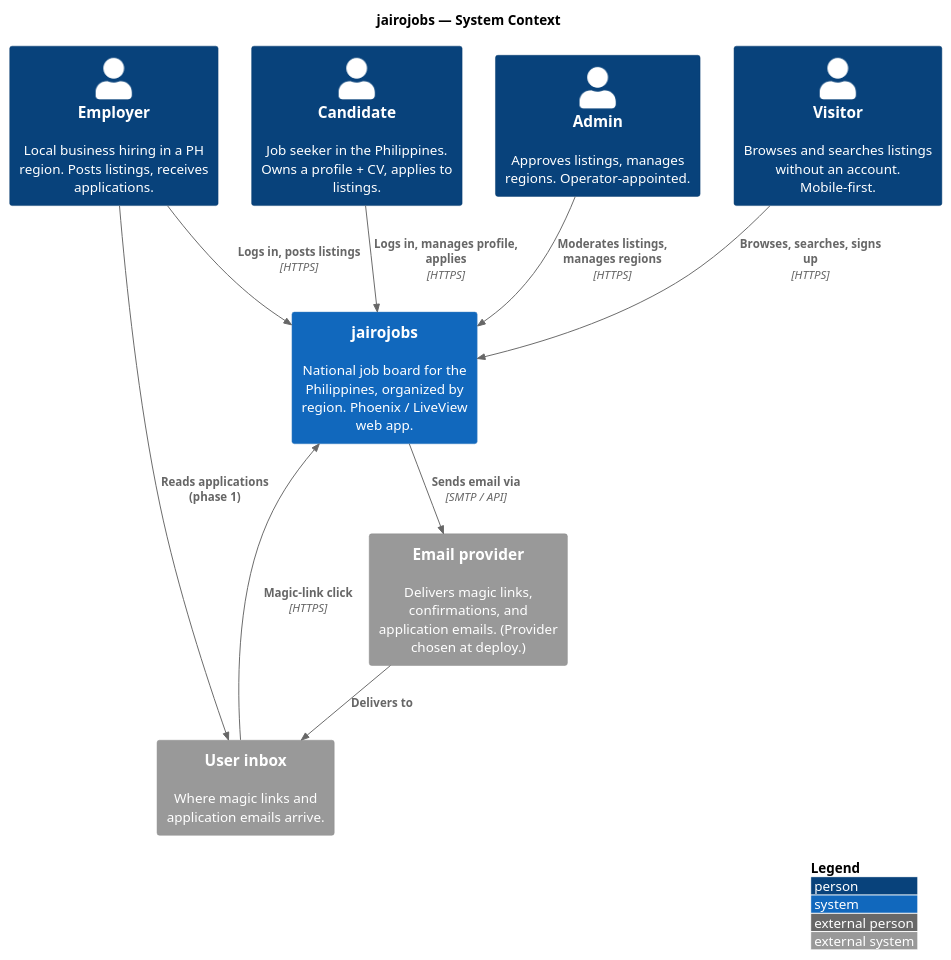
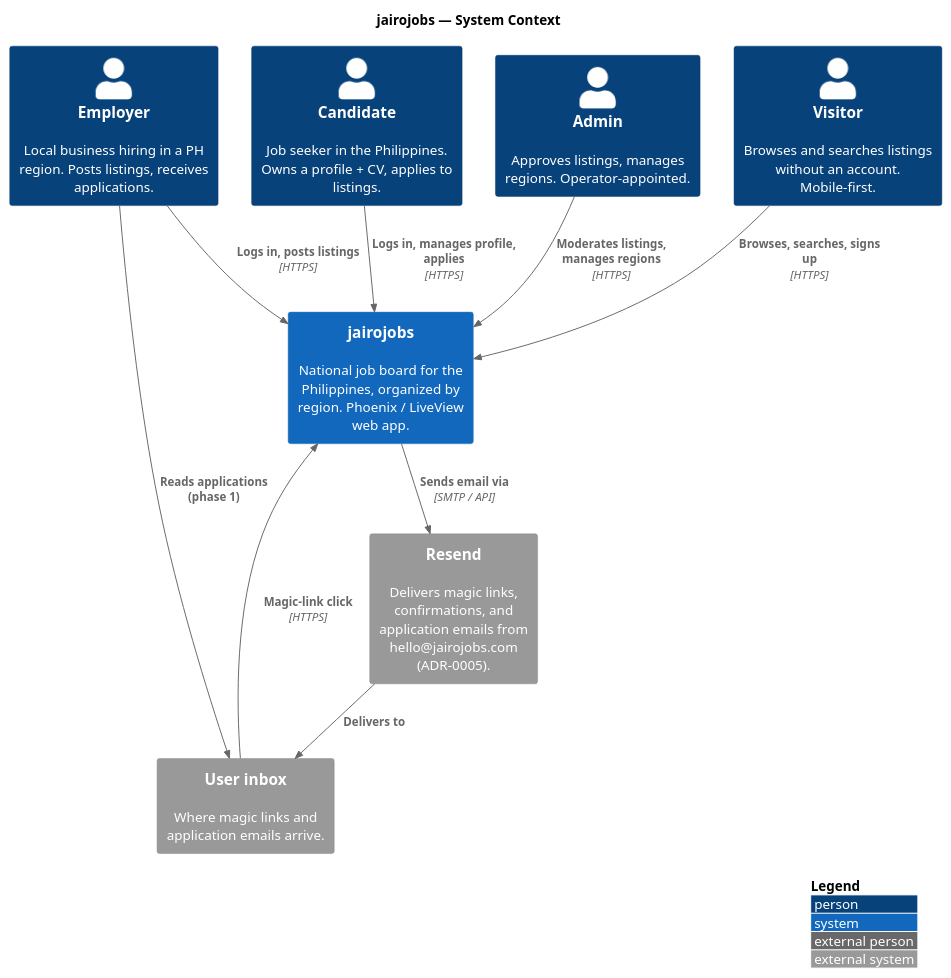
The diagram in docs/architecture/diagrams/src/c4-context-system.puml (raseniero/jairojobs-elixir), drawn with PlantUML before and after one commit. The commit also changed 9 other files, not shown here.

Commit message:
docs: ADR-0005 transactional email via Resend (hello@jairojobs.com); update plan, spec, constitution, architecture, C4

```diff
--- a/docs/architecture/diagrams/src/c4-context-system.puml
+++ b/docs/architecture/diagrams/src/c4-context-system.puml
@@ -1,30 +1,30 @@
 @startuml c4-context-system
 ' C4 Level 1 — System Context. Who uses jairojobs and what it talks to.
 ' Source of truth: docs/specs/000-product-overview/spec.md
 !include <C4/C4_Context>
 
 LAYOUT_WITH_LEGEND()
 
 title jairojobs — System Context
 
 Person(visitor, "Visitor", "Browses and searches listings without an account. Mobile-first.")
 Person(candidate, "Candidate", "Job seeker in the Philippines. Owns a profile + CV, applies to listings.")
 Person(employer, "Employer", "Local business hiring in a PH region. Posts listings, receives applications.")
 Person(admin, "Admin", "Approves listings, manages regions. Operator-appointed.")
 
 System(jairojobs, "jairojobs", "National job board for the Philippines, organized by region. Phoenix / LiveView web app.")
 
-System_Ext(email, "Email provider", "Delivers magic links, confirmations, and application emails. (Provider chosen at deploy.)")
+System_Ext(email, "Resend", "Delivers magic links, confirmations, and application emails from hello@jairojobs.com (ADR-0005).")
 System_Ext(inbox, "User inbox", "Where magic links and application emails arrive.")
 
 Rel(visitor, jairojobs, "Browses, searches, signs up", "HTTPS")
 Rel(candidate, jairojobs, "Logs in, manages profile, applies", "HTTPS")
 Rel(employer, jairojobs, "Logs in, posts listings", "HTTPS")
 Rel(admin, jairojobs, "Moderates listings, manages regions", "HTTPS")
 
 Rel(jairojobs, email, "Sends email via", "SMTP / API")
 Rel(email, inbox, "Delivers to")
 Rel(inbox, jairojobs, "Magic-link click", "HTTPS")
 Rel(employer, inbox, "Reads applications (phase 1)")
 
 @enduml
```
